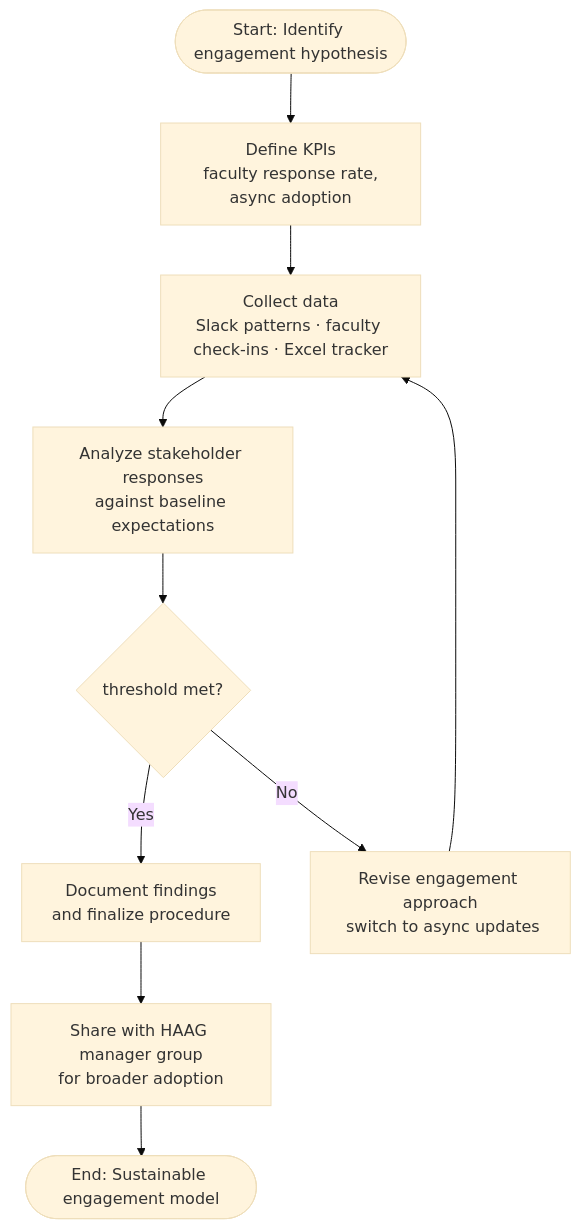
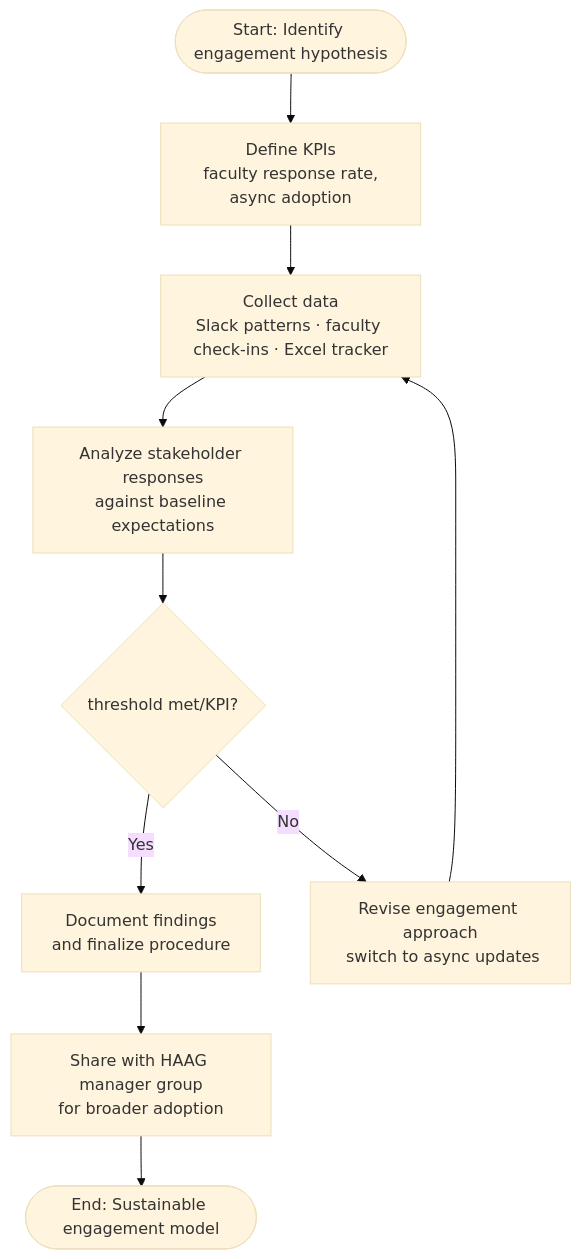
Before and after one commit to kevinl2121/CS8803: the diagram in Initiative_Mid_Semester_Report.md, drawn with Mermaid (base theme). The commit also changed other lines of this file, not shown here.

````diff
--- a/Initiative_Mid_Semester_Report.md
+++ b/Initiative_Mid_Semester_Report.md
@@ -22,12 +22,12 @@
 ```mermaid
 flowchart TD
     A([Start: Identify engagement hypothesis]) --> B[Define KPIs\n faculty response rate, async adoption]
     B --> C[Collect data\nSlack patterns · faculty check-ins · Excel tracker]
     C --> D[Analyze stakeholder responses\nagainst baseline expectations]
-    D --> E{threshold met?}
+    D --> E{threshold met/KPI?}
     E -- Yes --> F[Document findings\nand finalize procedure]
     F --> G[Share with HAAG manager group\nfor broader adoption]
     G --> H([End: Sustainable engagement model])
     E -- No --> I[Revise engagement approach\n switch to async updates]
     I --> C
 ```
````
